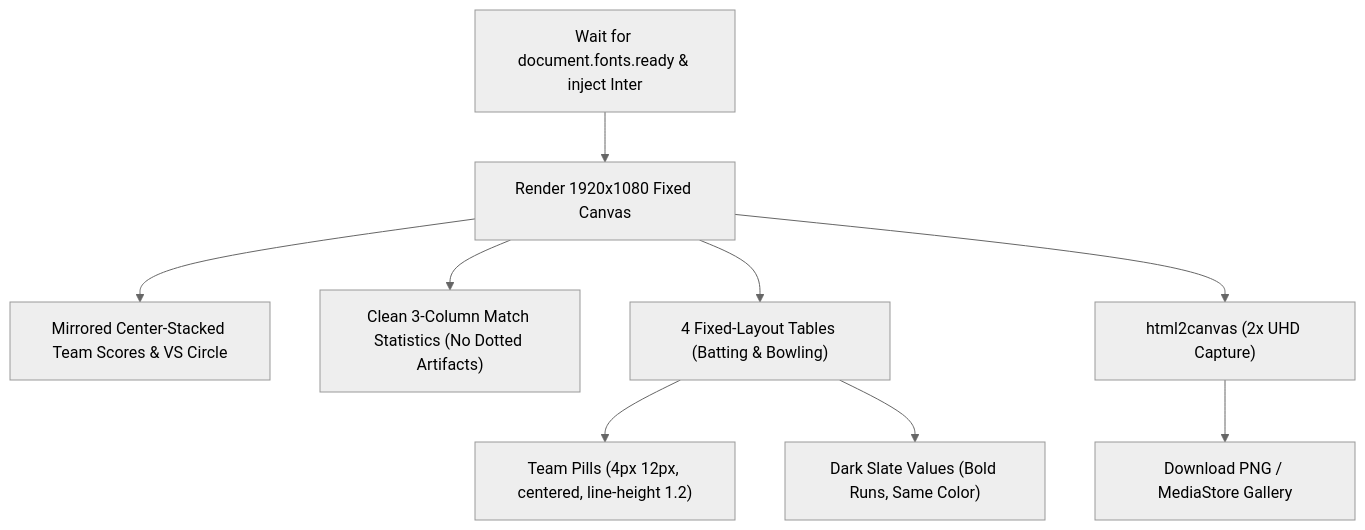
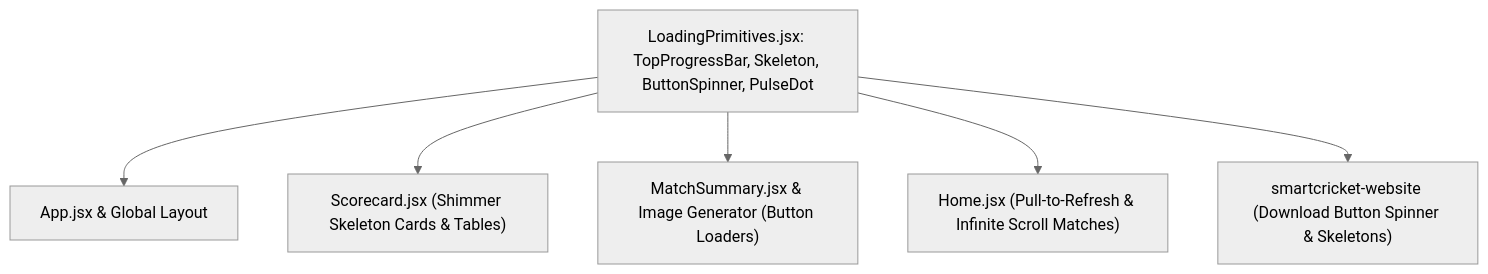
Before and after one commit to syedmaazalam/cricket-scorer: the diagram in plan.md, drawn with Mermaid (neutral theme). The commit also changed other lines of this file and 7 other files, not shown here.

Commit message:
feat: zero-lag loaders system, pull-to-refresh, infinite scroll, and live web deployments

````diff
--- a/plan.md
+++ b/plan.md
@@ -18,11 +16,8 @@
 ```mermaid
 flowchart TD
-    FontsReady["Wait for document.fonts.ready & inject Inter"] --> CanvasRender["Render 1920x1080 Fixed Canvas"]
-    CanvasRender --> HeaderSection["Mirrored Center-Stacked Team Scores & VS Circle"]
-    CanvasRender --> StatsCard["Clean 3-Column Match Statistics (No Dotted Artifacts)"]
-    CanvasRender --> TableCards["4 Fixed-Layout Tables (Batting & Bowling)"]
-    TableCards --> PillCenter["Team Pills (4px 12px, centered, line-height 1.2)"]
-    TableCards --> ValueStyle["Dark Slate Values (Bold Runs, Same Color)"]
-    CanvasRender --> Html2Canvas["html2canvas (2x UHD Capture)"]
-    Html2Canvas --> BlobExport["Download PNG / MediaStore Gallery"]
+    Primitives["LoadingPrimitives.jsx: TopProgressBar, Skeleton, ButtonSpinner, PulseDot"] --> AppUI["App.jsx & Global Layout"]
+    Primitives --> ScorecardSkeleton["Scorecard.jsx (Shimmer Skeleton Cards & Tables)"]
+    Primitives --> ButtonState["MatchSummary.jsx & Image Generator (Button Loaders)"]
+    Primitives --> PullRefresh["Home.jsx (Pull-to-Refresh & Infinite Scroll Matches)"]
+    Primitives --> WebSite["smartcricket-website (Download Button Spinner & Skeletons)"]
 ```
````
